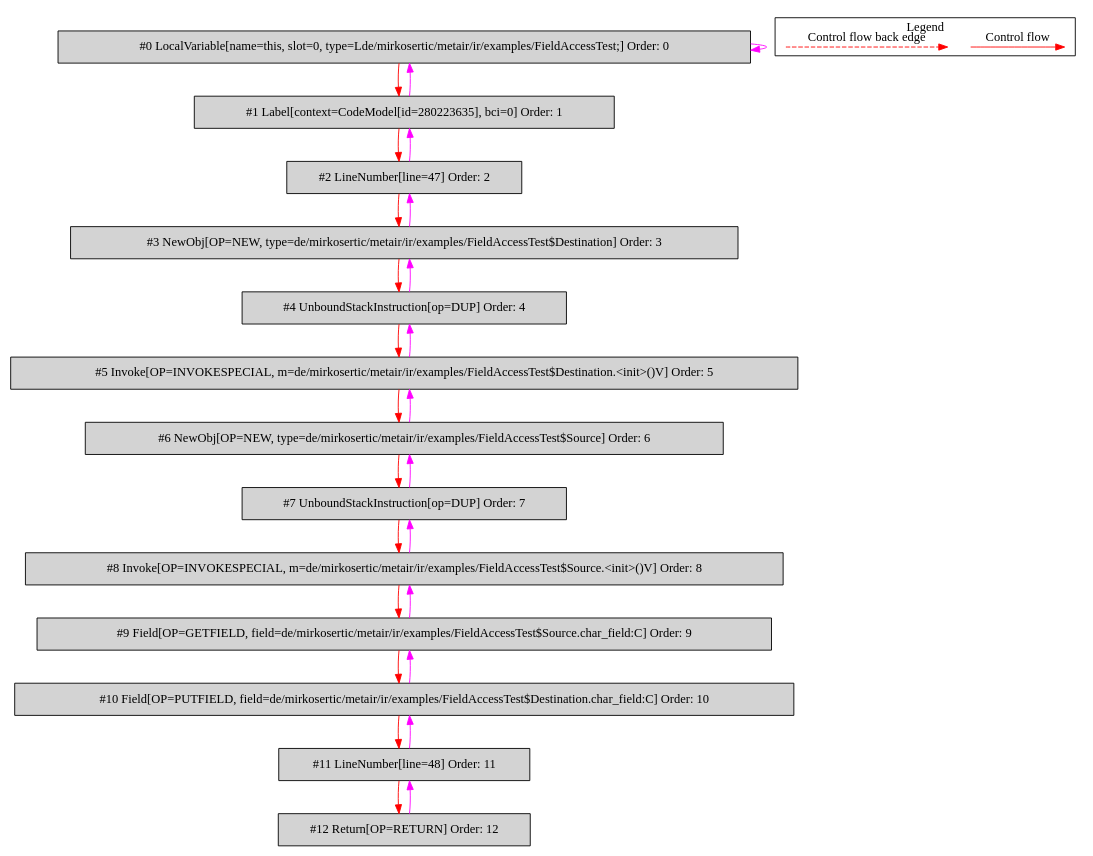
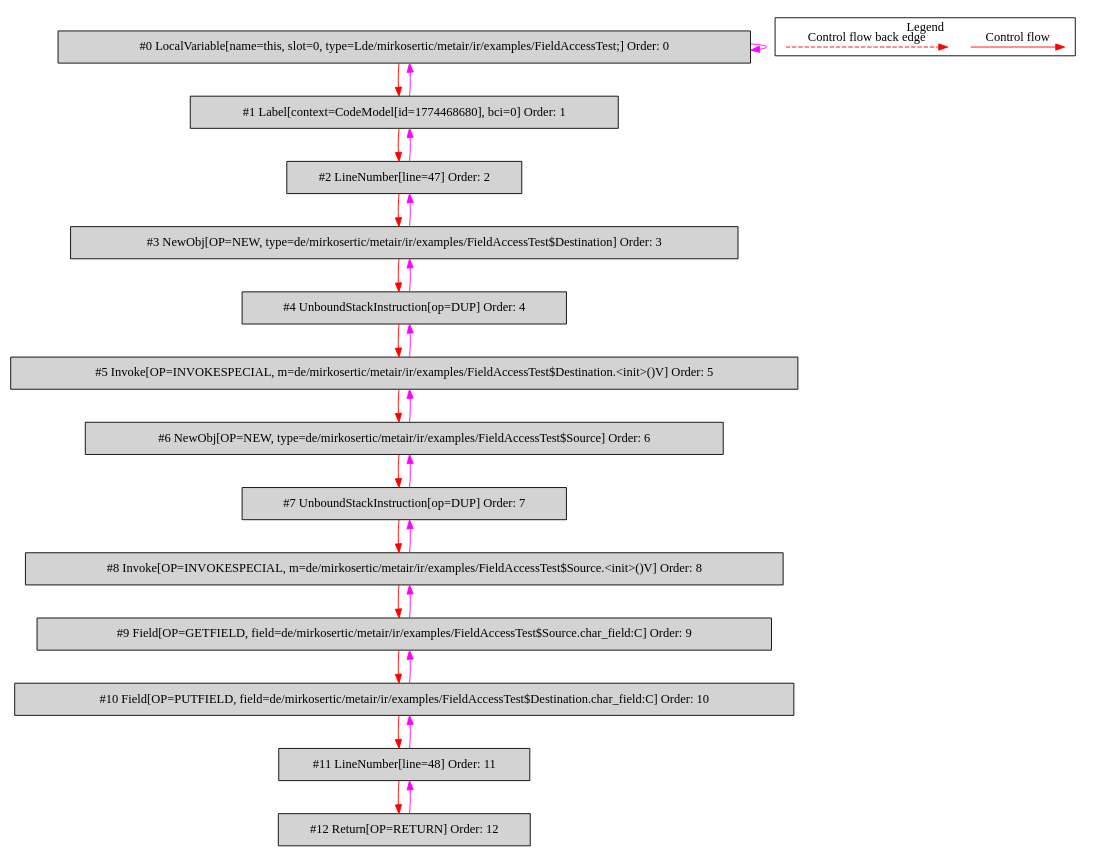
One commit to mirkosertic/MetaIR changed the diagram in de.mirkosertic.metair.ir.examples.FieldAccessTest/copy_char/bytecodecfg.dot. Above: the diagram before and after it, drawn with Graphviz. The commit also changed 508 other files, not shown here.

```diff
--- a/de.mirkosertic.metair.ir.examples.FieldAccessTest/copy_char/bytecodecfg.dot
+++ b/de.mirkosertic.metair.ir.examples.FieldAccessTest/copy_char/bytecodecfg.dot
@@ -1,55 +1,55 @@
 digraph {
  ordering="in";
  node0[label="#0 LocalVariable[name=this, slot=0, type=Lde/mirkosertic/metair/ir/examples/FieldAccessTest;] Order: 0", shape=box, fillcolor=lightgrey, style=filled];
- node1[label="#1 Label[context=CodeModel[id=280223635], bci=0] Order: 1", shape=box, fillcolor=lightgrey, style=filled];
+ node1[label="#1 Label[context=CodeModel[id=1774468680], bci=0] Order: 1", shape=box, fillcolor=lightgrey, style=filled];
  node2[label="#2 LineNumber[line=47] Order: 2", shape=box, fillcolor=lightgrey, style=filled];
  node3[label="#3 NewObj[OP=NEW, type=de/mirkosertic/metair/ir/examples/FieldAccessTest$Destination] Order: 3", shape=box, fillcolor=lightgrey, style=filled];
  node4[label="#4 UnboundStackInstruction[op=DUP] Order: 4", shape=box, fillcolor=lightgrey, style=filled];
  node5[label="#5 Invoke[OP=INVOKESPECIAL, m=de/mirkosertic/metair/ir/examples/FieldAccessTest$Destination.<init>()V] Order: 5", shape=box, fillcolor=lightgrey, style=filled];
  node6[label="#6 NewObj[OP=NEW, type=de/mirkosertic/metair/ir/examples/FieldAccessTest$Source] Order: 6", shape=box, fillcolor=lightgrey, style=filled];
  node7[label="#7 UnboundStackInstruction[op=DUP] Order: 7", shape=box, fillcolor=lightgrey, style=filled];
  node8[label="#8 Invoke[OP=INVOKESPECIAL, m=de/mirkosertic/metair/ir/examples/FieldAccessTest$Source.<init>()V] Order: 8", shape=box, fillcolor=lightgrey, style=filled];
  node9[label="#9 Field[OP=GETFIELD, field=de/mirkosertic/metair/ir/examples/FieldAccessTest$Source.char_field:C] Order: 9", shape=box, fillcolor=lightgrey, style=filled];
  node10[label="#10 Field[OP=PUTFIELD, field=de/mirkosertic/metair/ir/examples/FieldAccessTest$Destination.char_field:C] Order: 10", shape=box, fillcolor=lightgrey, style=filled];
  node11[label="#11 LineNumber[line=48] Order: 11", shape=box, fillcolor=lightgrey, style=filled];
  node12[label="#12 Return[OP=RETURN] Order: 12", shape=box, fillcolor=lightgrey, style=filled];
  node0 -> node0[color=fuchsia];
  node0 -> node1[color=red];
  node1 -> node0[color=fuchsia];
  node1 -> node2[color=red];
  node2 -> node1[color=fuchsia];
  node2 -> node3[color=red];
  node3 -> node2[color=fuchsia];
  node3 -> node4[color=red];
  node4 -> node3[color=fuchsia];
  node4 -> node5[color=red];
  node5 -> node4[color=fuchsia];
  node5 -> node6[color=red];
  node6 -> node5[color=fuchsia];
  node6 -> node7[color=red];
  node7 -> node6[color=fuchsia];
  node7 -> node8[color=red];
  node8 -> node7[color=fuchsia];
  node8 -> node9[color=red];
  node9 -> node8[color=fuchsia];
  node9 -> node10[color=red];
  node10 -> node9[color=fuchsia];
  node10 -> node11[color=red];
  node11 -> node10[color=fuchsia];
  node11 -> node12[color=red];
  node12 -> node11[color=fuchsia];
  subgraph cluster_000 {
   label = "Legend";
   node [shape=point]
   {
    rank=same;
    c0 [style = invis];
    c1 [style = invis];
    c2 [style = invis];
    c3 [style = invis];
   }
   c0 -> c1 [label="Control flow", style=solid, color=red]
   c2 -> c3 [label="Control flow back edge", style=dashed, color=red]
  }
 
 }
```
